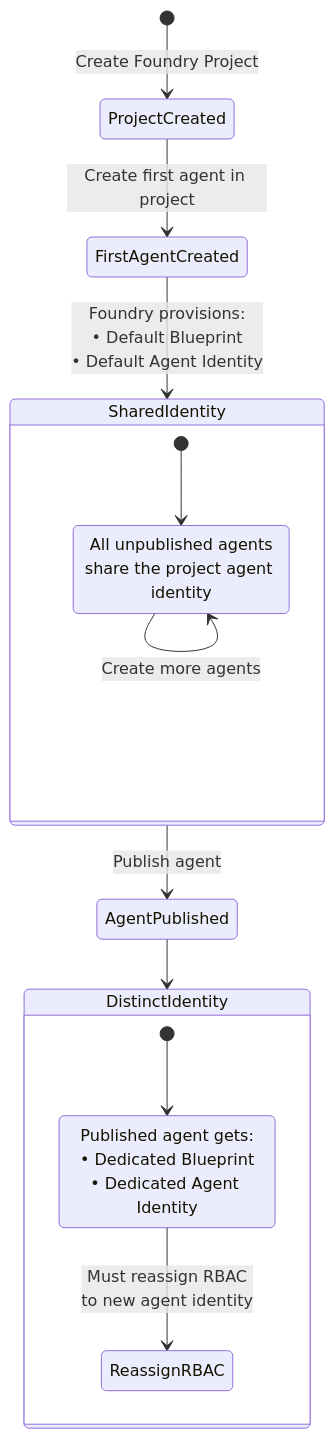
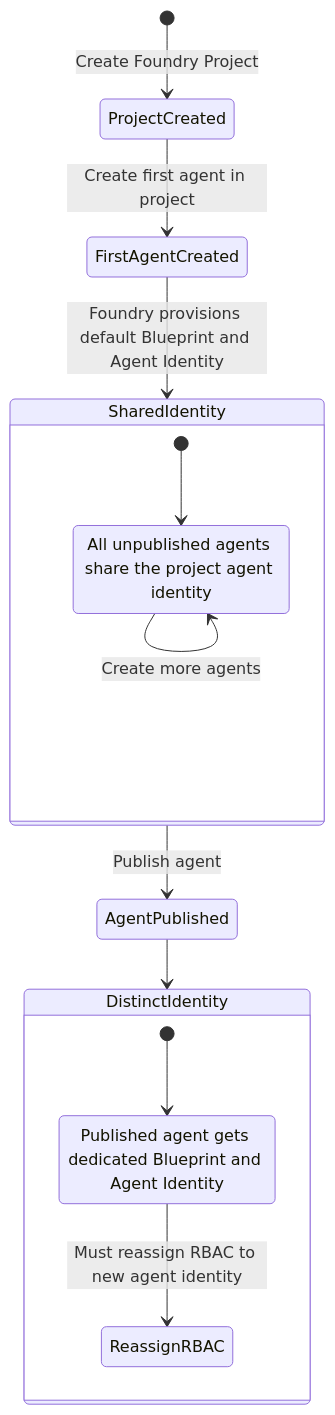
One commit to PlagueHO/microsoft-foundry-jumpstart changed the second of 11 diagrams in docs/AGENT_IDENTITY.md. Above: the diagram before and after it, drawn with Mermaid. The commit also changed other lines of this file, not shown here.

First line of the commit message:
CHANGE: Update Agent Identity documentation

````diff
--- a/docs/AGENT_IDENTITY.md
+++ b/docs/AGENT_IDENTITY.md
@@ -77,22 +60,22 @@
 ```mermaid
 stateDiagram-v2
-    [*] --> ProjectCreated: Create Foundry Project
-    ProjectCreated --> FirstAgentCreated: Create first agent in project
-    FirstAgentCreated --> SharedIdentity: Foundry provisions:<br/>• Default Blueprint<br/>• Default Agent Identity
+    [*] --> ProjectCreated : Create Foundry Project
+    ProjectCreated --> FirstAgentCreated : Create first agent in project
+    FirstAgentCreated --> SharedIdentity : Foundry provisions default Blueprint and Agent Identity
 
     state SharedIdentity {
         [*] --> DevAgents
-        DevAgents: All unpublished agents<br/>share the project agent identity
-        DevAgents --> DevAgents: Create more agents
+        DevAgents : All unpublished agents share the project agent identity
+        DevAgents --> DevAgents : Create more agents
     }
 
-    SharedIdentity --> AgentPublished: Publish agent
+    SharedIdentity --> AgentPublished : Publish agent
 
     state DistinctIdentity {
         [*] --> PubAgent
-        PubAgent: Published agent gets:<br/>• Dedicated Blueprint<br/>• Dedicated Agent Identity
-        PubAgent --> ReassignRBAC: Must reassign RBAC<br/>to new agent identity
+        PubAgent : Published agent gets dedicated Blueprint and Agent Identity
+        PubAgent --> ReassignRBAC : Must reassign RBAC to new agent identity
     }
 
     AgentPublished --> DistinctIdentity
 ```
````
